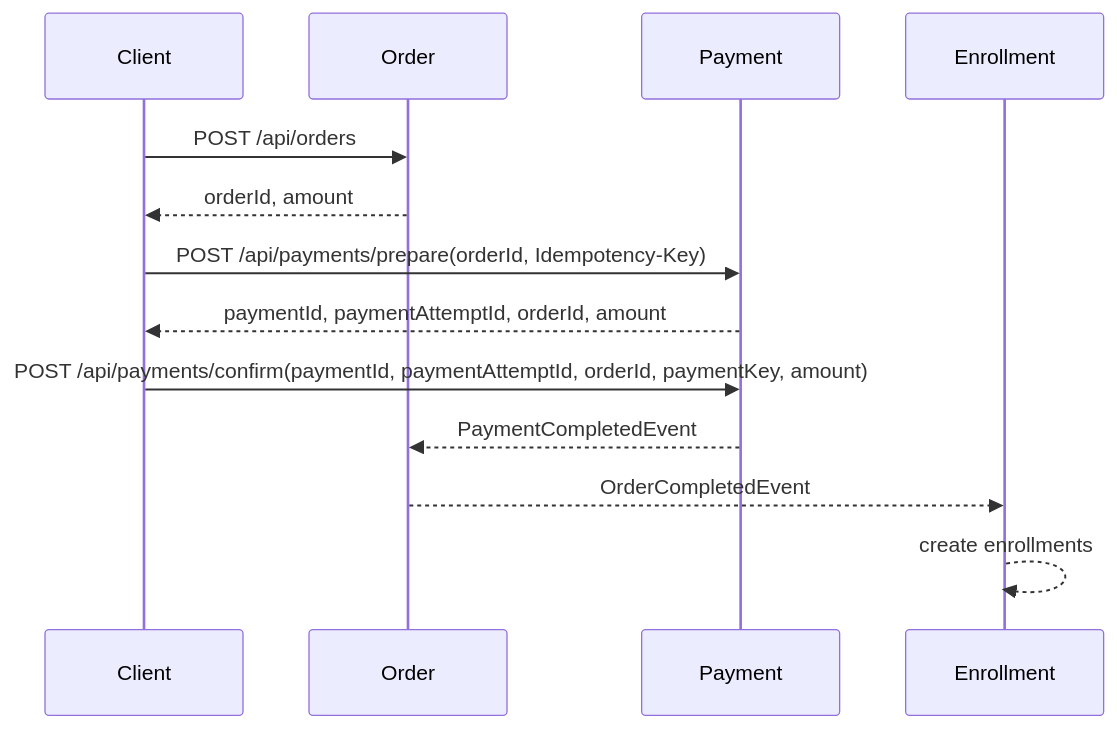
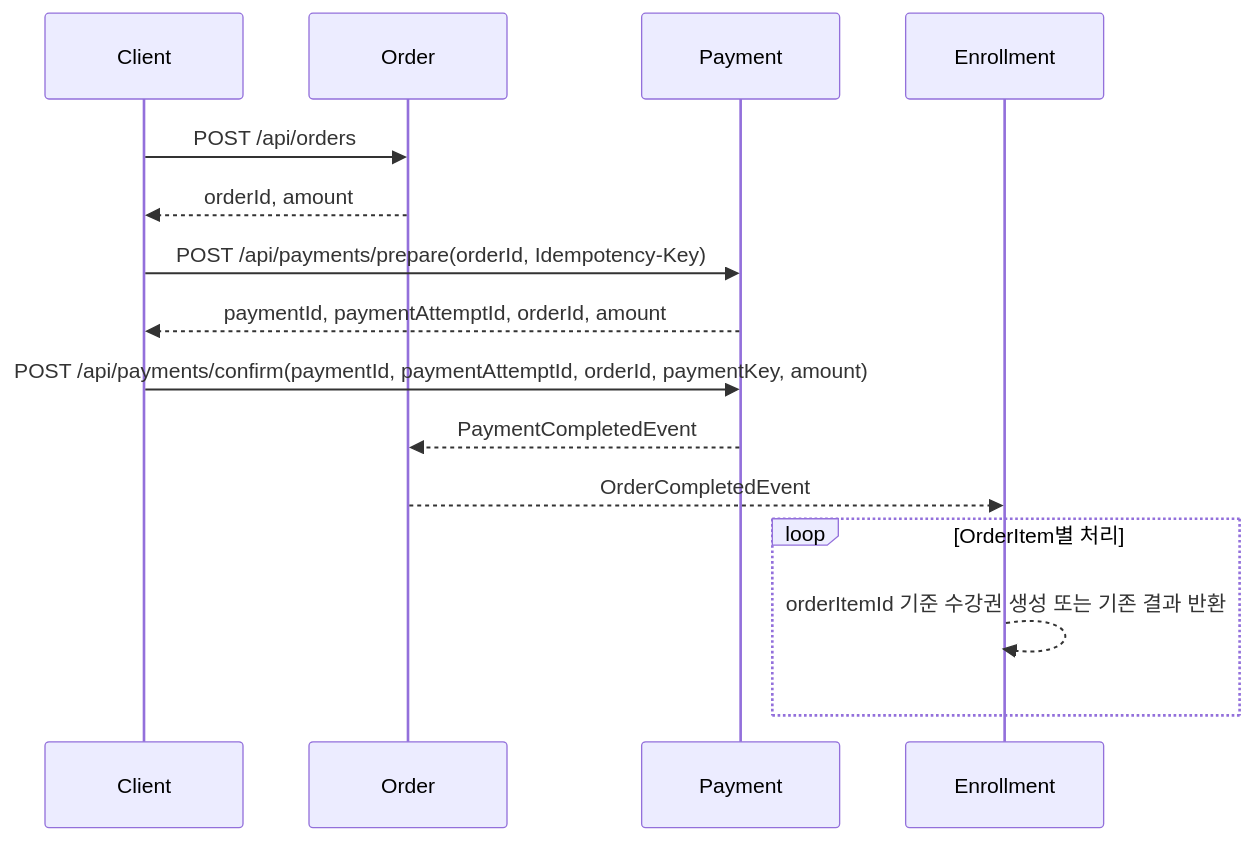
Before and after one commit to dawwson/lernix-server: the diagram in docs/architecture/purchase-flow.md, drawn with Mermaid. The commit also changed other lines of this file and 25 other files, not shown here.

First line of the commit message:
[FEAT] Order·Enrollment 이벤트 소비 멱등성 적용 (#45)

````diff
--- a/docs/architecture/purchase-flow.md
+++ b/docs/architecture/purchase-flow.md
@@ -16,16 +16,18 @@
 ```mermaid
 sequenceDiagram
     participant Client
     participant Order
     participant Payment
     participant Enrollment
 
     Client->>Order: POST /api/orders
     Order-->>Client: orderId, amount
     Client->>Payment: POST /api/payments/prepare(orderId, Idempotency-Key)
     Payment-->>Client: paymentId, paymentAttemptId, orderId, amount
     Client->>Payment: POST /api/payments/confirm(paymentId, paymentAttemptId, orderId, paymentKey, amount)
     Payment-->>Order: PaymentCompletedEvent
     Order-->>Enrollment: OrderCompletedEvent
-    Enrollment-->>Enrollment: create enrollments
+    loop OrderItem별 처리
+        Enrollment-->>Enrollment: orderItemId 기준 수강권 생성 또는 기존 결과 반환
+    end
 ```
````
